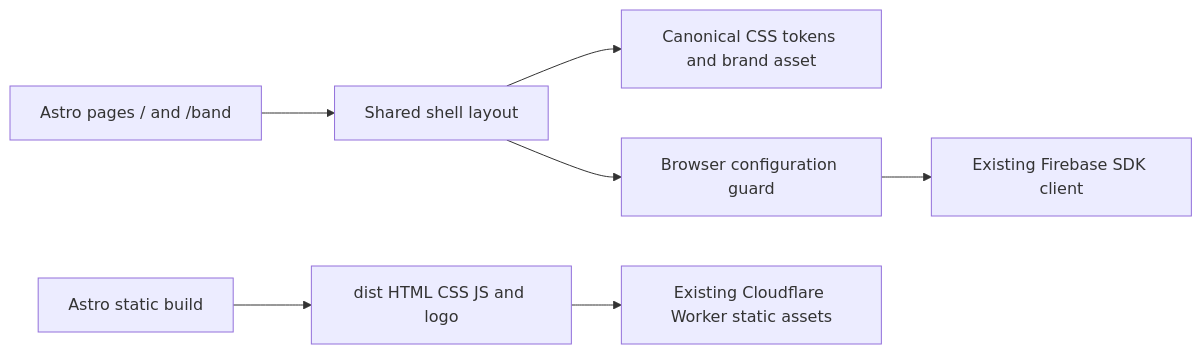
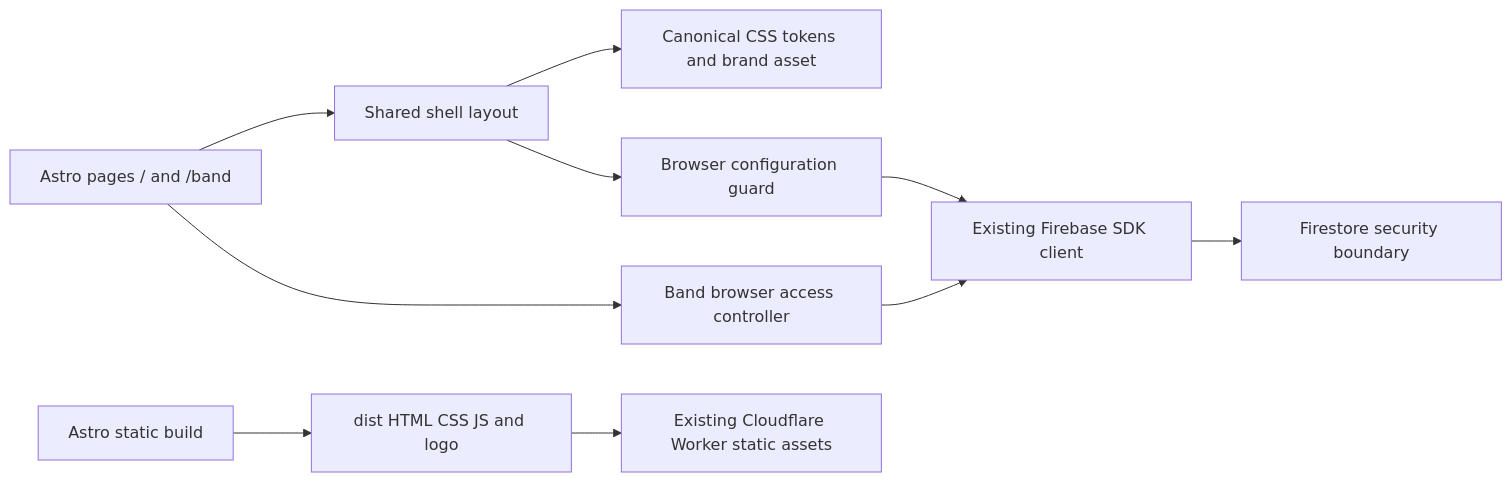
Before and after one commit to juangcarmona/pintatonica: the diagram in docs/architecture/05-building-block-view.md, drawn with Mermaid. The commit also changed other lines of this file and 43 other files, not shown here.

First line of the commit message:
GH-2: recognise Google members and protect private band access

````diff
--- a/docs/architecture/05-building-block-view.md
+++ b/docs/architecture/05-building-block-view.md
@@ -11,9 +11,12 @@
 ```mermaid
 flowchart LR
     Pages["Astro pages / and /band"] --> Layout["Shared shell layout"]
     Layout --> Tokens["Canonical CSS tokens and brand asset"]
     Layout --> Guard["Browser configuration guard"]
     Guard --> SDK["Existing Firebase SDK client"]
+    Pages --> Access["Band browser access controller"]
+    Access --> SDK
+    SDK --> Rules["Firestore security boundary"]
     Build["Astro static build"] --> Assets["dist HTML CSS JS and logo"]
     Assets --> Host["Existing Cloudflare Worker static assets"]
 ```
````
